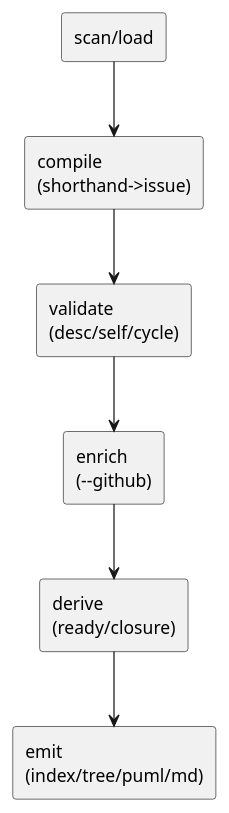
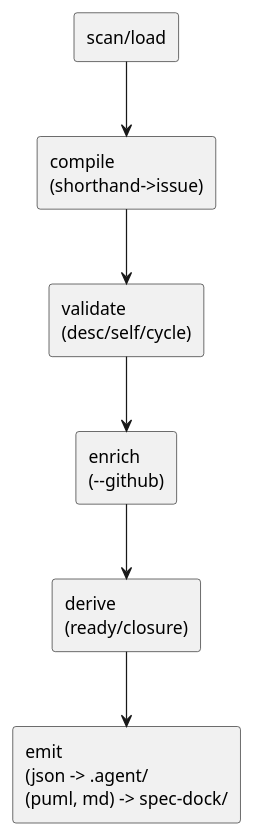
The eighth of 9 diagrams in spec-deps/current/design.md (chemitaro/spec-dock), drawn with PlantUML before and after one commit. The commit also changed other lines of this file and 7 other files, not shown here.

````diff
--- a/spec-deps/current/design.md
+++ b/spec-deps/current/design.md
@@ -498,18 +514,18 @@
 ```plantuml
 @startuml
 skinparam shadowing false
 
 rectangle "scan/load" as Scan
 rectangle "compile\n(shorthand->issue)" as Compile
 rectangle "validate\n(desc/self/cycle)" as Validate
 rectangle "enrich\n(--github)" as Enrich
 rectangle "derive\n(ready/closure)" as Derive
-rectangle "emit\n(index/tree/puml/md)" as Emit
+rectangle "emit\n(json -> .agent/\n(puml, md) -> spec-dock/" as Emit
 
 Scan --> Compile
 Compile --> Validate
 Validate --> Enrich
 Enrich --> Derive
 Derive --> Emit
 @enduml
 ```
````
